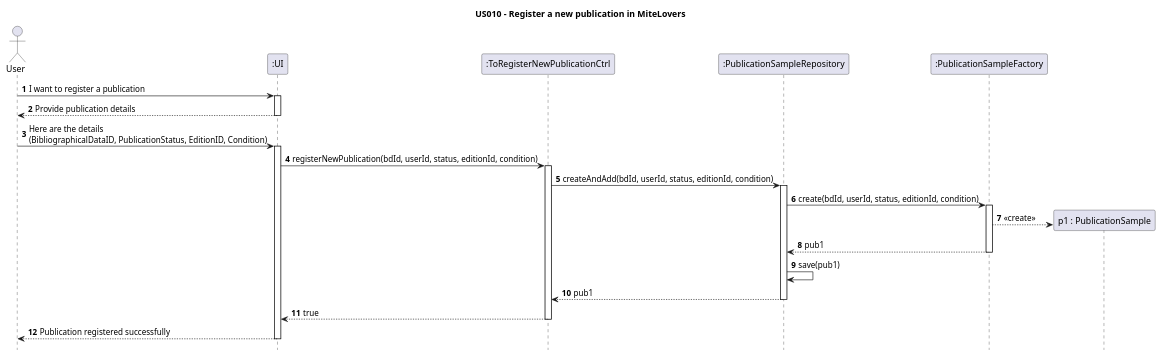
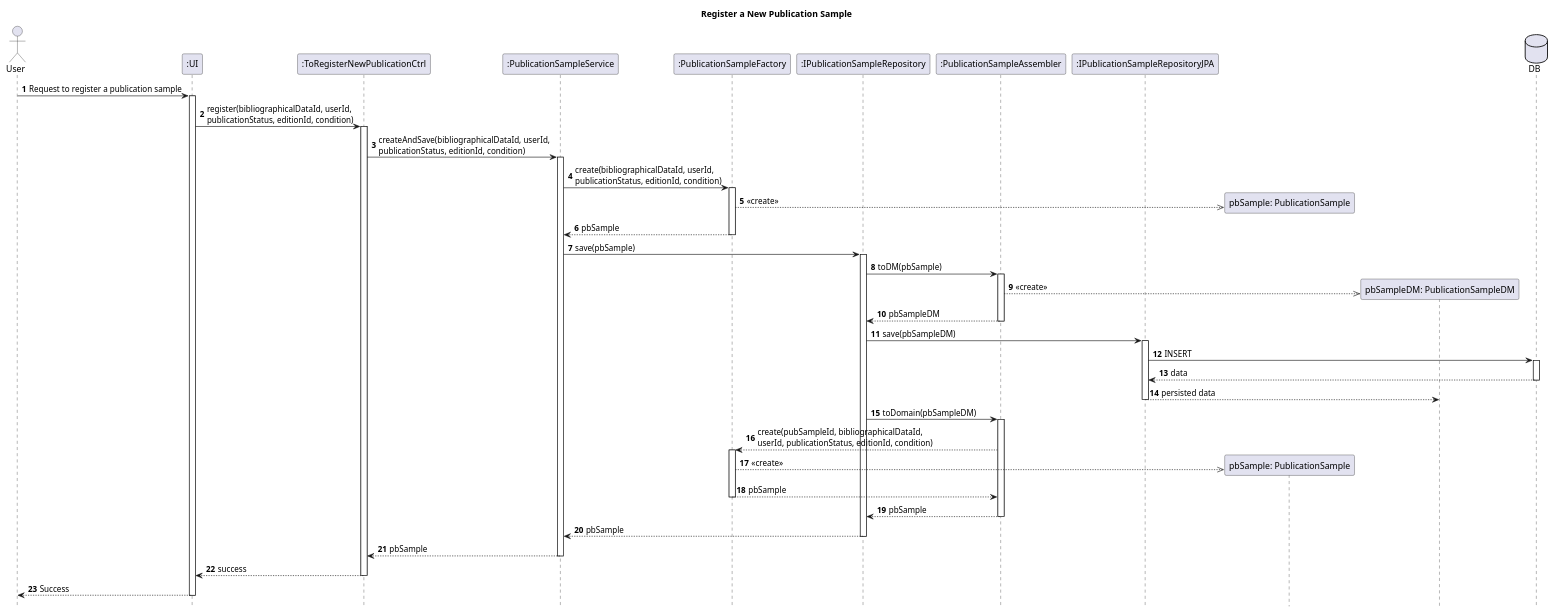
Before and after one commit to AndrePereiraGitH/SWitCH-Project-Team_A: the diagram in Diagrams/SequenceDiagrams/N2/To-register-a-publication-to-add-to-library.puml, drawn with PlantUML. The commit also changed 1 other file, not shown here.

Commit message:
docs #740: refactored class and SD diagrams to reflect new design

```diff
--- a/Diagrams/SequenceDiagrams/N2/To-register-a-publication-to-add-to-library.puml
+++ b/Diagrams/SequenceDiagrams/N2/To-register-a-publication-to-add-to-library.puml
@@ -1,47 +1,88 @@
 @startuml
 hide footbox
 autonumber
-title US010 - Register a new publication in MiteLovers
+title Register a New Publication Sample
 
 actor User
 participant ":UI" as UI
-participant ":ToRegisterNewPublicationCtrl" as Ctrl
-participant ":PublicationSampleRepository" as SystemRepo
+participant ":ToRegisterNewPublicationCtrl" as Controller
+participant ":PublicationSampleService" as Service
 participant ":PublicationSampleFactory" as Factory
+participant ":IPublicationSampleRepository" as Repo
+participant ":PublicationSampleAssembler" as Assembler
+participant ":IPublicationSampleRepositoryJPA" as JPA
 
-User -> UI : I want to register a publication
+participant "pbSample: PublicationSample" as pbSample
+participant "pbSampleDM: PublicationSampleDM" as pbSampleDM
+
+database "DB" as DB
+
+User -> UI : Request to register a publication sample
 activate UI
 
-UI --> User : Provide publication details
-deactivate UI
+UI -> Controller : register(bibliographicalDataId, userId,\npublicationStatus, editionId, condition)
+activate Controller
 
-User -> UI : Here are the details \n(BibliographicalDataID, PublicationStatus, EditionID, Condition)
-activate UI
+Controller -> Service : createAndSave(bibliographicalDataId, userId,\npublicationStatus, editionId, condition)
+activate Service
 
-UI -> Ctrl : registerNewPublication(bdId, userId, status, editionId, condition)
-activate Ctrl
-
-Ctrl -> SystemRepo : createAndAdd(bdId, userId, status, editionId, condition)
-activate SystemRepo
-
-SystemRepo -> Factory : create(bdId, userId, status, editionId, condition)
+' =========================
+' Factory creation
+' =========================
+Service -> Factory : create(bibliographicalDataId, userId,\npublicationStatus, editionId, condition)
 activate Factory
-
-create "p1 : PublicationSample" as pub1
-Factory --> pub1 : «create»
-
-Factory --> SystemRepo : pub1
+Factory -->> pbSample** : <<create>>
+Factory --> Service : pbSample
 deactivate Factory
 
-SystemRepo -> SystemRepo : save(pub1)
+' =========================
+' Save flow
+' =========================
+Service -> Repo : save(pbSample)
+activate Repo
 
-SystemRepo --> Ctrl : pub1
-deactivate SystemRepo
+Repo -> Assembler : toDM(pbSample)
+activate Assembler
+Assembler -->> pbSampleDM** : <<create>>
+Assembler --> Repo : pbSampleDM
+deactivate Assembler
 
-Ctrl --> UI : true
-deactivate Ctrl
+Repo -> JPA : save(pbSampleDM)
+activate JPA
 
-UI --> User : Publication registered successfully
+JPA -> DB : INSERT
+activate DB
+DB --> JPA : data
+deactivate DB
+
+JPA --> pbSampleDM : persisted data
+deactivate JPA
+
+' ==============
+' Reconstruction
+' ==============
+Repo -> Assembler : toDomain(pbSampleDM)
+activate Assembler
+
+Assembler --> Factory : create(pubSampleId, bibliographicalDataId,\nuserId, publicationStatus, editionId, condition)
+activate Factory
+Factory -->> pbSample** : <<create>>
+Factory --> Assembler : pbSample
+deactivate Factory
+
+Assembler --> Repo : pbSample
+deactivate Assembler
+
+Repo --> Service : pbSample
+deactivate Repo
+
+Service --> Controller : pbSample
+deactivate Service
+
+Controller --> UI : success
+deactivate Controller
+
+UI --> User : Success
 deactivate UI
 
 @enduml
```
